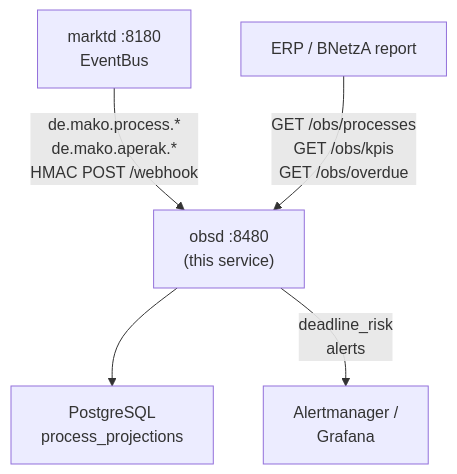
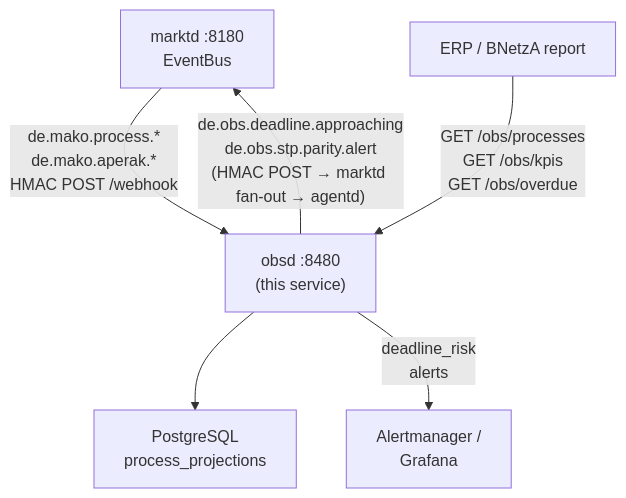
The diagram in docs/obsd.md (hupe1980/mako), drawn with Mermaid before and after one commit. The commit also changed other lines of this file and 274 other files, not shown here.

````diff
--- a/docs/obsd.md
+++ b/docs/obsd.md
@@ -26,13 +26,14 @@
 ```mermaid
 graph TB
     marktd["marktd :8180\nEventBus"]
     obsd["obsd :8480\n(this service)"]
     pg["PostgreSQL\nprocess_projections"]
     alert["Alertmanager /\nGrafana"]
     erp["ERP / BNetzA report"]
 
     marktd -->|"de.mako.process.*\nde.mako.aperak.*\nHMAC POST /webhook"| obsd
     obsd --> pg
+    obsd -->|"de.obs.deadline.approaching\nde.obs.stp.parity.alert\n(HMAC POST → marktd fan-out → agentd)"| marktd
     obsd -->|"deadline_risk\nalerts"| alert
     erp -->|"GET /obs/processes\nGET /obs/kpis\nGET /obs/overdue"| obsd
 ```
````
